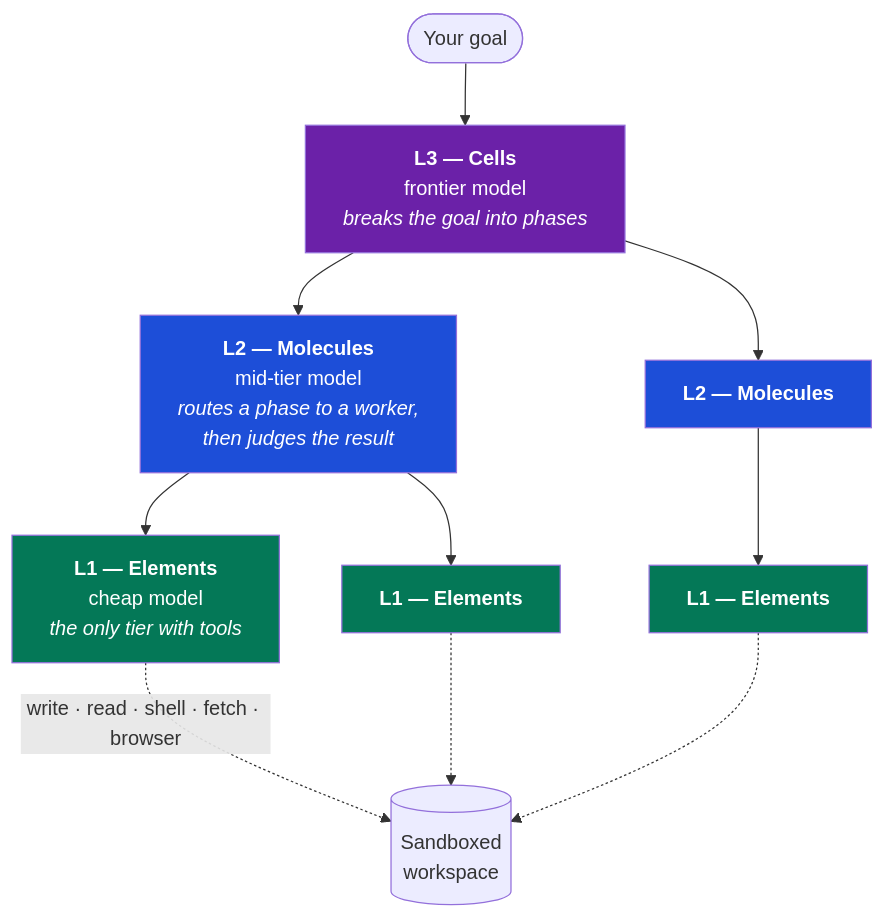
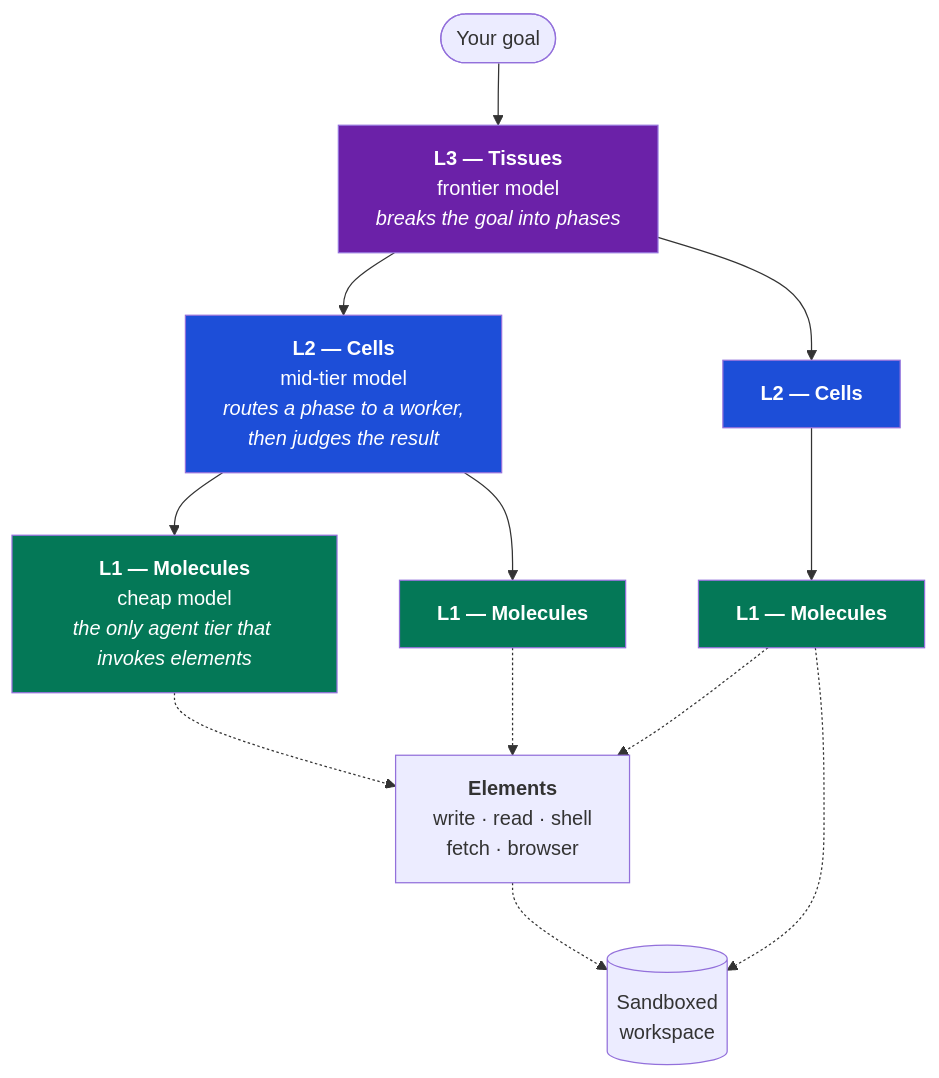
Before and after one commit to mgtf/atoma: the first of 6 diagrams in docs/how-it-works.md, drawn with Mermaid. The commit also changed other lines of this file and 122 other files, not shown here.

````diff
--- a/docs/how-it-works.md
+++ b/docs/how-it-works.md
@@ -19,21 +24,23 @@
 ```mermaid
 graph TB
     APP([Your goal]) --> L3
-    L3["<b>L3 — Cells</b><br/>frontier model<br/><i>breaks the goal into phases</i>"] --> L2A
+    L3["<b>L3 — Tissues</b><br/>frontier model<br/><i>breaks the goal into phases</i>"] --> L2A
     L3 --> L2B
-    L2A["<b>L2 — Molecules</b><br/>mid-tier model<br/><i>routes a phase to a worker,<br/>then judges the result</i>"] --> L1A
+    L2A["<b>L2 — Cells</b><br/>mid-tier model<br/><i>routes a phase to a worker,<br/>then judges the result</i>"] --> L1A
     L2A --> L1B
-    L2B["<b>L2 — Molecules</b>"] --> L1C
-    L1A["<b>L1 — Elements</b><br/>cheap model<br/><i>the only tier with tools</i>"]
-    L1B["<b>L1 — Elements</b>"]
-    L1C["<b>L1 — Elements</b>"]
-    L1A -.->|"write · read · shell · fetch · browser"| WS[("Sandboxed<br/>workspace")]
-    L1B -.-> WS
+    L2B["<b>L2 — Cells</b>"] --> L1C
+    L1A["<b>L1 — Molecules</b><br/>cheap model<br/><i>the only agent tier that invokes elements</i>"]
+    L1B["<b>L1 — Molecules</b>"]
+    L1C["<b>L1 — Molecules</b>"]
+    L1A -.-> E["<b>Elements</b><br/>write · read · shell<br/>fetch · browser"]
+    L1B -.-> E
+    L1C -.-> E
+    E -.-> WS[("Sandboxed<br/>workspace")]
     L1C -.-> WS
     style L3 fill:#6b21a8,color:#fff
     style L2A fill:#1d4ed8,color:#fff
     style L2B fill:#1d4ed8,color:#fff
     style L1A fill:#047857,color:#fff
     style L1B fill:#047857,color:#fff
     style L1C fill:#047857,color:#fff
 ```
````
